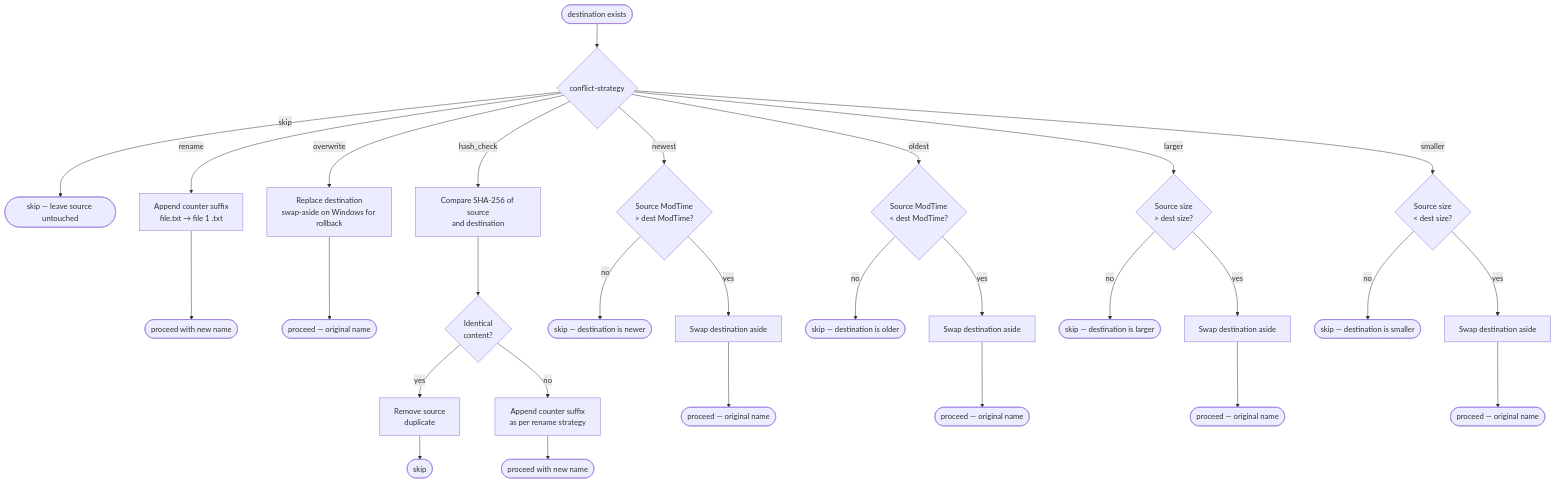
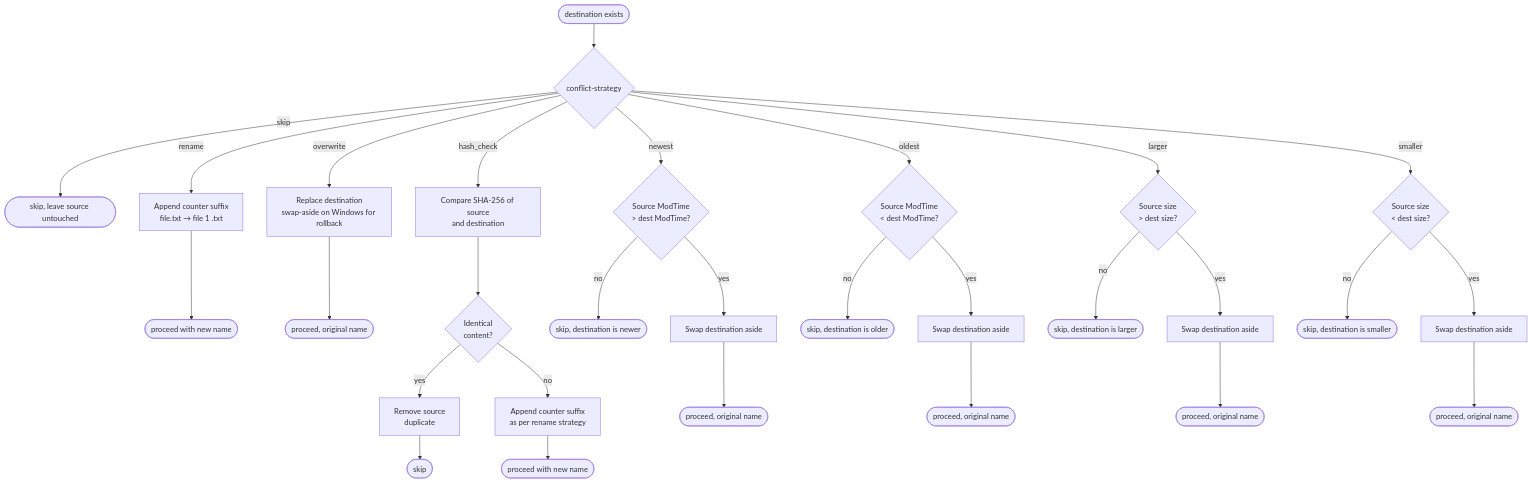
The seventh of 7 diagrams in docs/dev/ARCHITECTURE.md (lucasassuncao/movelooper), drawn with Mermaid before and after one commit. The commit also changed 27 other files, not shown here.

````diff
--- a/docs/dev/ARCHITECTURE.md
+++ b/docs/dev/ARCHITECTURE.md
@@ -274,39 +274,39 @@
 ```mermaid
 flowchart TD
     Collision([destination exists]) --> Strategy{conflict-strategy}
 
-    Strategy -- skip --> SkipFile([skip — leave source untouched])
+    Strategy -- skip --> SkipFile([skip, leave source untouched])
 
     Strategy -- rename --> Rename[Append counter suffix\nfile.txt → file 1 .txt]
     Rename --> Proceed([proceed with new name])
 
     Strategy -- overwrite --> Overwrite[Replace destination\nswap-aside on Windows for rollback]
-    Overwrite --> Proceed2([proceed — original name])
+    Overwrite --> Proceed2([proceed, original name])
 
     Strategy -- hash_check --> Hash[Compare SHA-256 of source\nand destination]
     Hash --> HashMatch{Identical\ncontent?}
     HashMatch -- yes --> RemoveSrc[Remove source\nduplicate]
     RemoveSrc --> SkipFile2([skip])
     HashMatch -- no --> Rename2[Append counter suffix\nas per rename strategy]
     Rename2 --> Proceed3([proceed with new name])
 
     Strategy -- newest --> NewestCmp{Source ModTime\n> dest ModTime?}
-    NewestCmp -- no --> SkipFile3([skip — destination is newer])
+    NewestCmp -- no --> SkipFile3([skip, destination is newer])
     NewestCmp -- yes --> SwapNewest[Swap destination aside]
-    SwapNewest --> Proceed4([proceed — original name])
+    SwapNewest --> Proceed4([proceed, original name])
 
     Strategy -- oldest --> OldestCmp{Source ModTime\n< dest ModTime?}
-    OldestCmp -- no --> SkipFile4([skip — destination is older])
+    OldestCmp -- no --> SkipFile4([skip, destination is older])
     OldestCmp -- yes --> SwapOldest[Swap destination aside]
-    SwapOldest --> Proceed5([proceed — original name])
+    SwapOldest --> Proceed5([proceed, original name])
 
     Strategy -- larger --> LargerCmp{Source size\n> dest size?}
-    LargerCmp -- no --> SkipFile5([skip — destination is larger])
+    LargerCmp -- no --> SkipFile5([skip, destination is larger])
     LargerCmp -- yes --> SwapLarger[Swap destination aside]
-    SwapLarger --> Proceed6([proceed — original name])
+    SwapLarger --> Proceed6([proceed, original name])
 
     Strategy -- smaller --> SmallerCmp{Source size\n< dest size?}
-    SmallerCmp -- no --> SkipFile6([skip — destination is smaller])
+    SmallerCmp -- no --> SkipFile6([skip, destination is smaller])
     SmallerCmp -- yes --> SwapSmaller[Swap destination aside]
-    SwapSmaller --> Proceed7([proceed — original name])
+    SwapSmaller --> Proceed7([proceed, original name])
 ```
````
